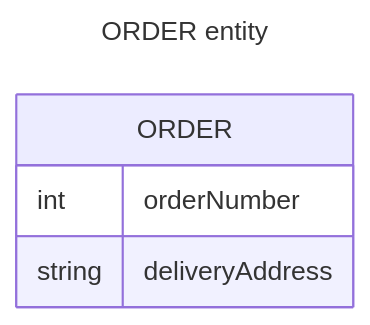
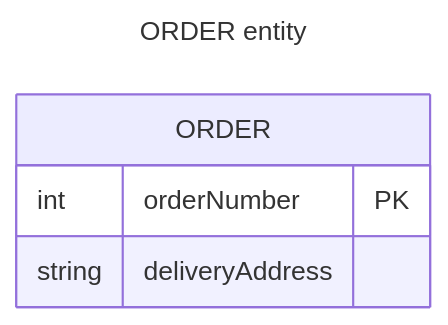
Before and after one commit to zi-ang-liu/jb-database: the third of 4 diagrams in database/contents/er_model/er_model.md, drawn with Mermaid. The commit also changed other lines of this file, not shown here.

````diff
--- a/database/contents/er_model/er_model.md
+++ b/database/contents/er_model/er_model.md
@@ -115,10 +115,10 @@
 ```{mermaid}
 ---
 title: ORDER entity
 ---
 erDiagram
     ORDER {
-            int orderNumber
+            int orderNumber PK
             string deliveryAddress
         }
 ```
````
